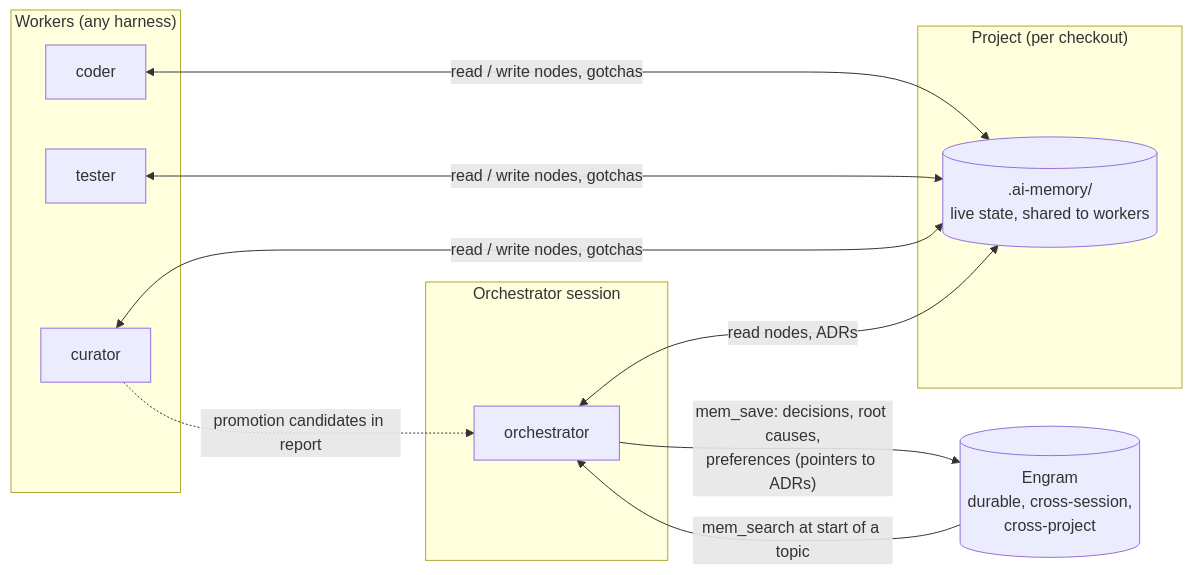
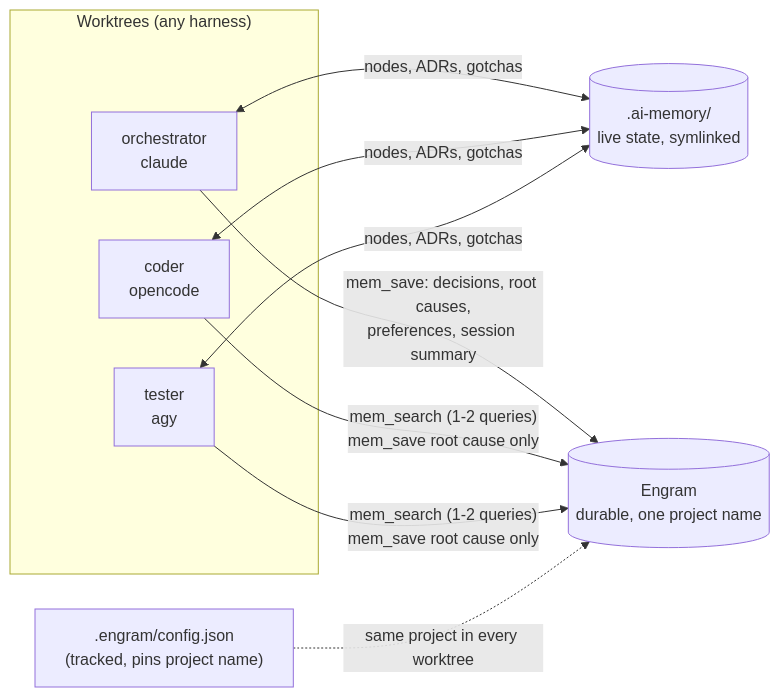
The third of 3 diagrams in docs/AI-MEMORY.md (edmret/ed-orchestrate), drawn with Mermaid before and after one commit. The commit also changed other lines of this file and 10 other files, not shown here.

First line of the commit message:
feat: Engram for every harness — per-harness install check, project pin, worker rules

````diff
--- a/docs/AI-MEMORY.md
+++ b/docs/AI-MEMORY.md
@@ -130,18 +131,13 @@
 ```mermaid
 flowchart LR
-    subgraph Project["Project (per checkout)"]
-        MEM[(".ai-memory/<br/>live state, shared to workers")]
+    subgraph WT["Worktrees (any harness)"]
+        O["orchestrator<br/>claude"] & W1["coder<br/>opencode"] & W2["tester<br/>agy"]
     end
-    subgraph Workers["Workers (any harness)"]
-        W1["coder"] & W2["tester"] & W3["curator"]
-    end
-    subgraph Orch["Orchestrator session"]
-        O["orchestrator"]
-    end
-    ENG[("Engram<br/>durable, cross-session,<br/>cross-project")]
-    W1 & W2 & W3 <-->|"read / write nodes, gotchas"| MEM
-    O <-->|"read nodes, ADRs"| MEM
-    O -->|"mem_save: decisions, root causes,<br/>preferences (pointers to ADRs)"| ENG
-    ENG -->|"mem_search at start of a topic"| O
-    W3 -.->|"promotion candidates in report"| O
+    CFG[".engram/config.json<br/>(tracked, pins project name)"]
+    MEM[(".ai-memory/<br/>live state, symlinked")]
+    ENG[("Engram<br/>durable, one project name")]
+    O & W1 & W2 <-->|"nodes, ADRs, gotchas"| MEM
+    O -->|"mem_save: decisions, root causes,<br/>preferences, session summary"| ENG
+    W1 & W2 -->|"mem_search (1-2 queries)<br/>mem_save root cause only"| ENG
+    CFG -.->|"same project in every worktree"| ENG
 ```
````
